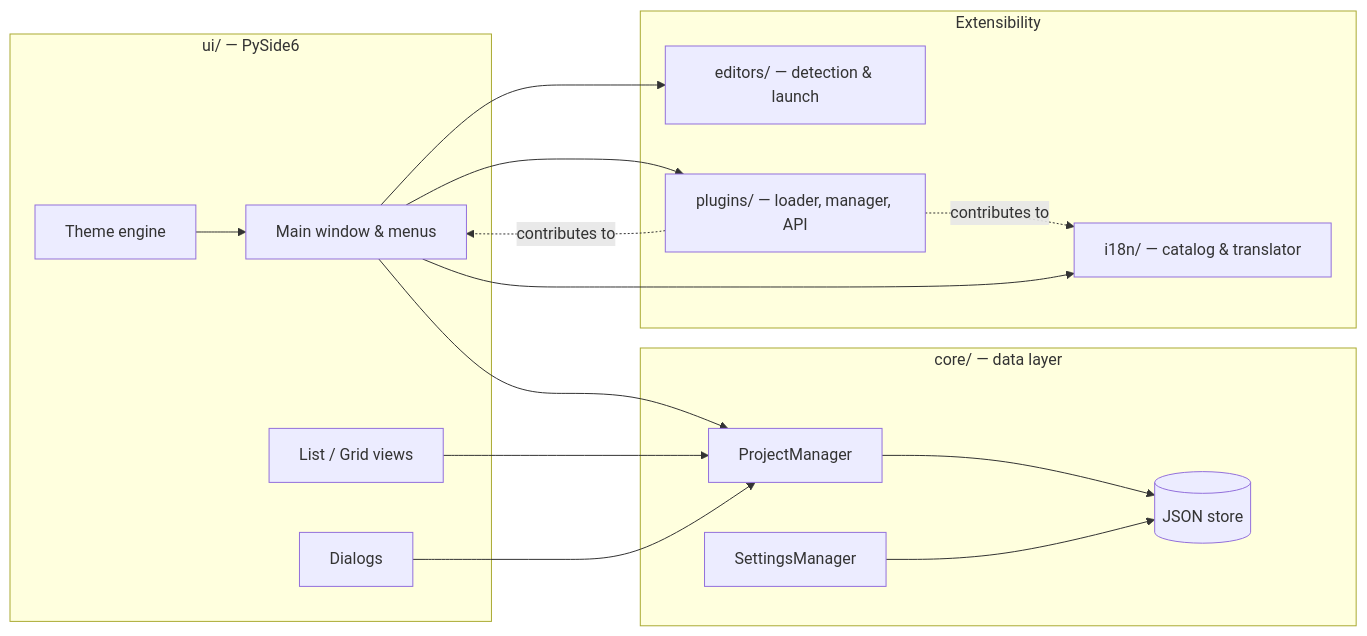
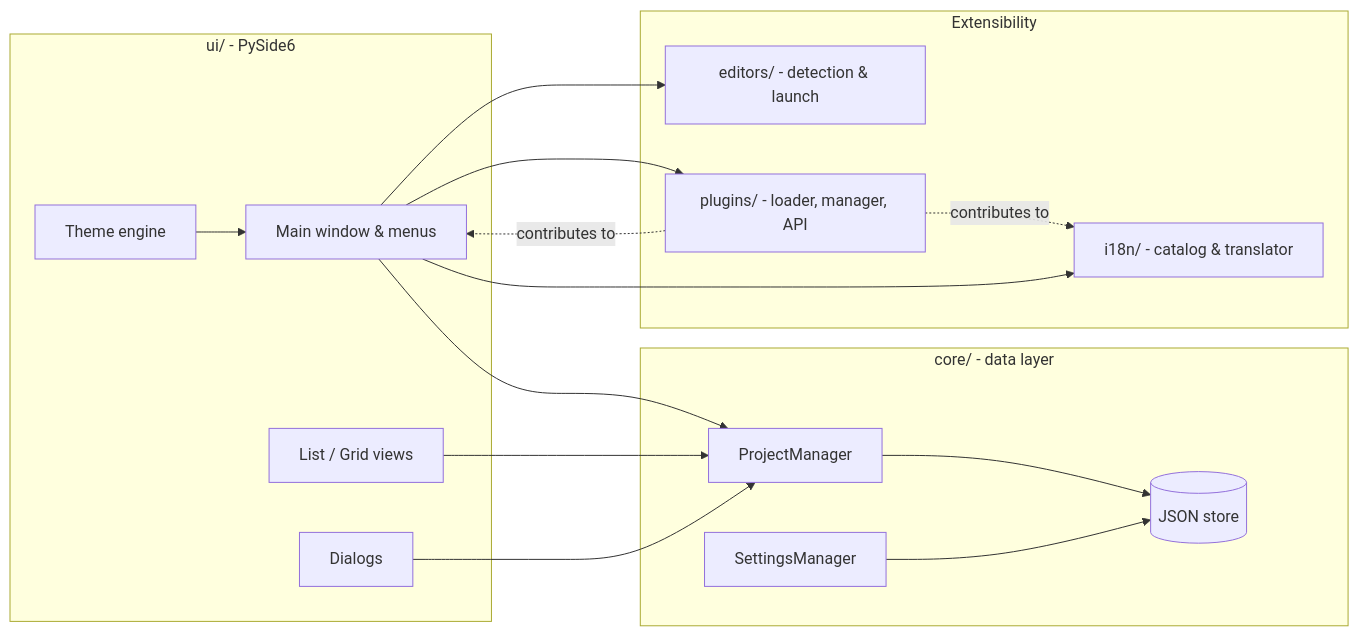
Before and after one commit to rodolphe37/my-apps-library: the diagram in README.md, drawn with Mermaid. The commit also changed other lines of this file and 66 other files, not shown here.

````diff
--- a/README.md
+++ b/README.md
@@ -201,33 +205,33 @@
 ```mermaid
 flowchart LR
-    subgraph UI["ui/ — PySide6"]
+    subgraph UI["ui/ - PySide6"]
         MW[Main window & menus]
         Views[List / Grid views]
         Dialogs[Dialogs]
         Theme[Theme engine]
     end
 
-    subgraph Core["core/ — data layer"]
+    subgraph Core["core/ - data layer"]
         PM[ProjectManager]
         SM[SettingsManager]
         Store[(JSON store)]
     end
 
     subgraph Ext["Extensibility"]
-        Editors[editors/ — detection & launch]
-        Plugins[plugins/ — loader, manager, API]
-        I18n[i18n/ — catalog & translator]
+        Editors[editors/ - detection & launch]
+        Plugins[plugins/ - loader, manager, API]
+        I18n[i18n/ - catalog & translator]
     end
 
     MW --> PM
     Views --> PM
     Dialogs --> PM
     PM --> Store
     SM --> Store
     MW --> Editors
     MW --> Plugins
     Plugins -. contributes to .-> MW
     Plugins -. contributes to .-> I18n
     MW --> I18n
     Theme --> MW
 ```
````
